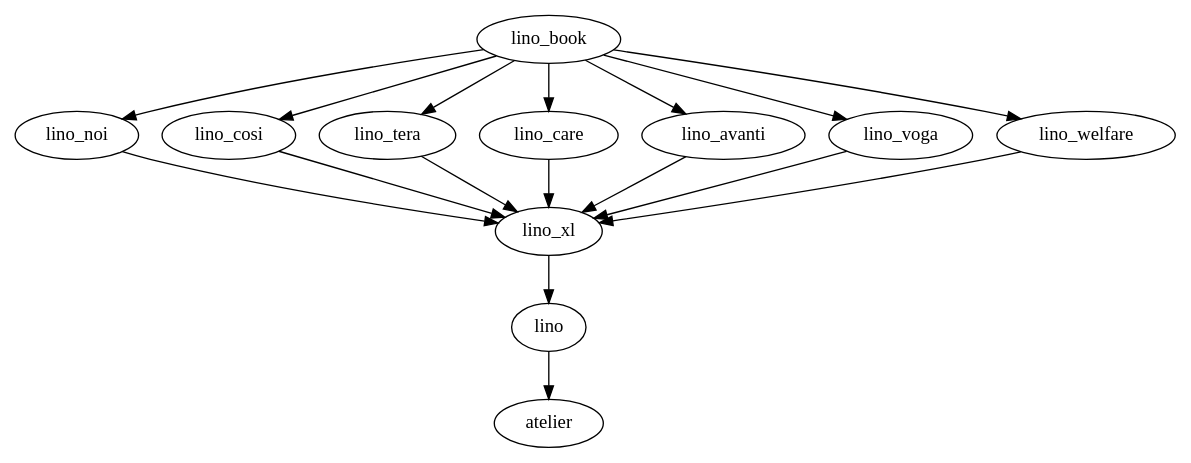
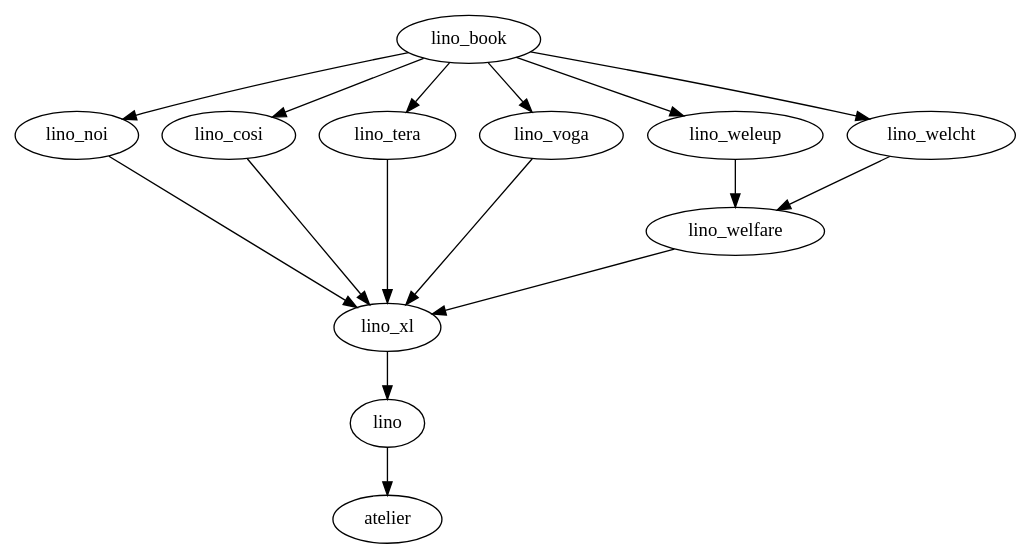
One commit to lino-framework/book changed the diagram in docs/dev/overview.rst. Above: the diagram before and after it, drawn with Graphviz.

Commit message:
http://luc.lino-framework.org/blog/2019/0303.html

```diff
--- a/docs/dev/overview.rst
+++ b/docs/dev/overview.rst
@@ -21,7 +21,6 @@
         lino_noi;
         lino_cosi;
         lino_tera;
-        lino_care;
         lino_avanti;
     }
     
@@ -39,7 +38,8 @@
     { rank = same;
         "independent applications";
         lino_voga;
-        lino_welfare;
+        lino_weleup;
+        lino_welcht;
     }
     **/
 
@@ -53,23 +53,35 @@
 
     **/
 
+    { rank = same;
+        # applications;
+        lino_noi;
+        lino_cosi;
+        lino_tera;
+        lino_voga;
+        lino_weleup;
+        lino_welcht;
+    }
+
     lino -> atelier;
     lino_xl -> lino;
-    lino_noi -> lino_xl; 
+    lino_noi -> lino_xl;
     lino_cosi -> lino_xl; 
     lino_tera -> lino_xl;
-    lino_care -> lino_xl;
-    lino_avanti -> lino_xl;
+    # lino_avanti -> lino_xl;
     lino_voga -> lino_xl;
+    lino_weleup -> lino_welfare;
+    lino_welcht -> lino_welfare;
+
+    lino_book -> lino_noi;
+    lino_book -> lino_cosi; 
+    lino_book -> lino_voga;
+    lino_book -> lino_tera;
+    # lino_book -> lino_avanti;
+    lino_book -> lino_weleup;
+    lino_book -> lino_welcht;
+
     lino_welfare -> lino_xl;
-    
-    lino_book -> lino_noi; 
-    lino_book -> lino_cosi; 
-    lino_book -> lino_voga; 
-    lino_book -> lino_welfare; 
-    lino_book -> lino_tera; 
-    lino_book -> lino_care; 
-    lino_book -> lino_avanti; 
 
     /**
     
```
